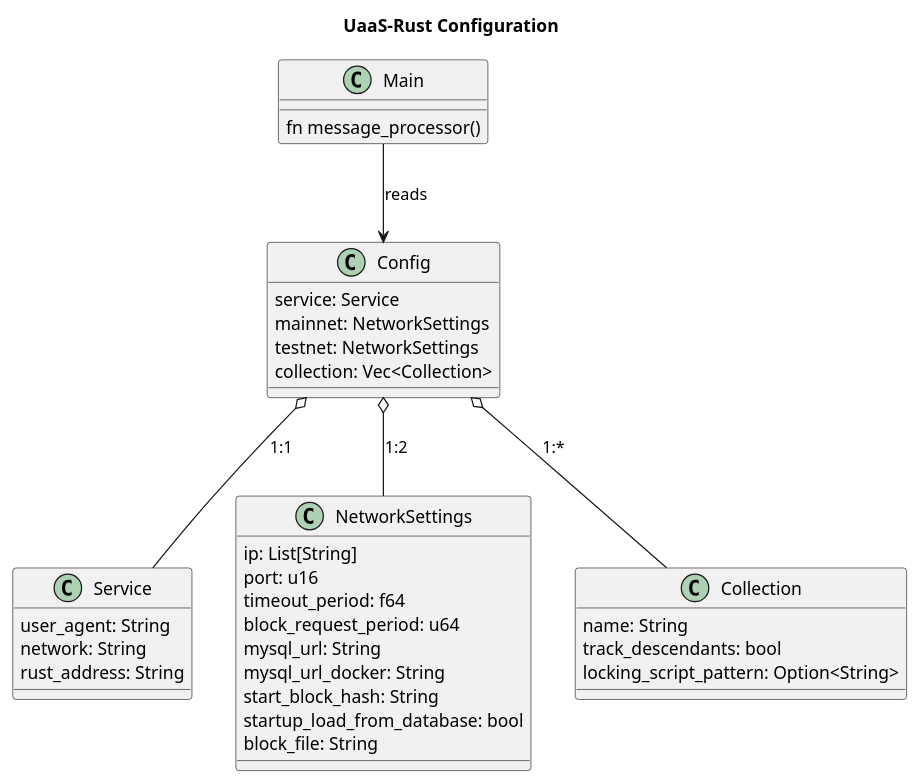
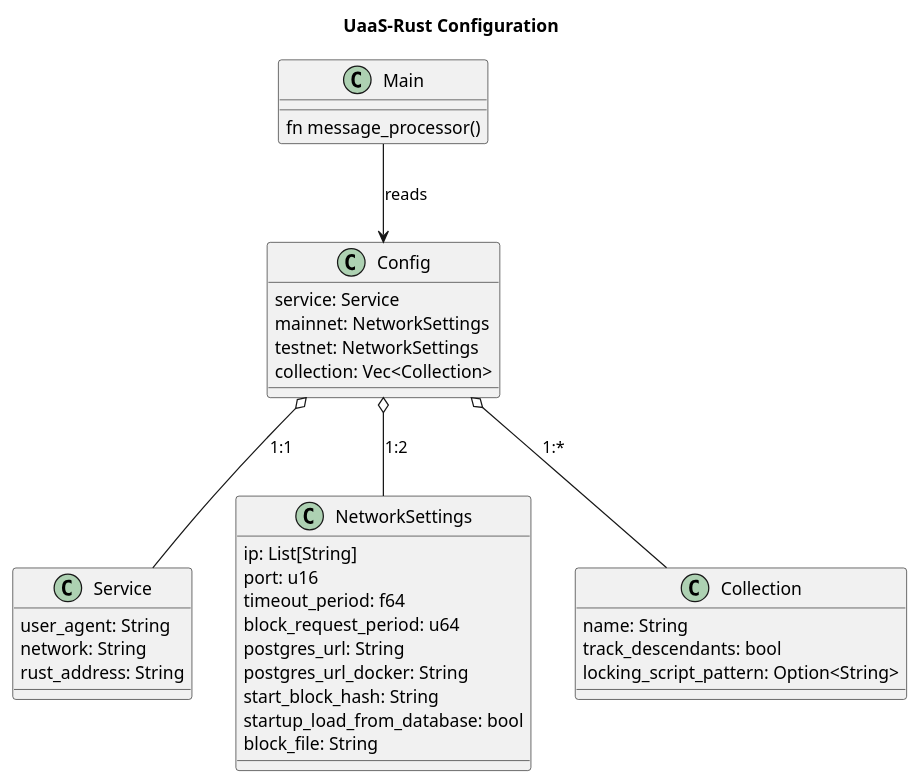
Before and after one commit to nchain-innovation/utxo-as-a-service: the diagram in docs/diagrams/config_structure.puml, drawn with PlantUML. The commit also changed 3 other files, not shown here.

```diff
--- a/docs/diagrams/config_structure.puml
+++ b/docs/diagrams/config_structure.puml
@@ -1,48 +1,48 @@
 @startuml
 title UaaS-Rust Configuration
 
 top to bottom direction
 
 class Main {
     fn message_processor()
 }
 
 
 class Service {
     user_agent: String
     network: String
     rust_address: String
 }
 
 class NetworkSettings {
     ip: List[String]
     port: u16
     timeout_period: f64
     block_request_period: u64
-    mysql_url: String
-    mysql_url_docker: String
+    postgres_url: String
+    postgres_url_docker: String
     start_block_hash: String
     startup_load_from_database: bool
     block_file: String
 }
 
 class Collection {
     name: String
     track_descendants: bool
     locking_script_pattern: Option<String>
 }
 
 
 class Config {
     service: Service
     mainnet: NetworkSettings
     testnet: NetworkSettings
     collection: Vec<Collection>
 }
 
 Config o-- Service: 1:1
 Config o-- NetworkSettings: 1:2
 Config o-- Collection: 1:*
 
 Main --> Config: reads
 @enduml
```
